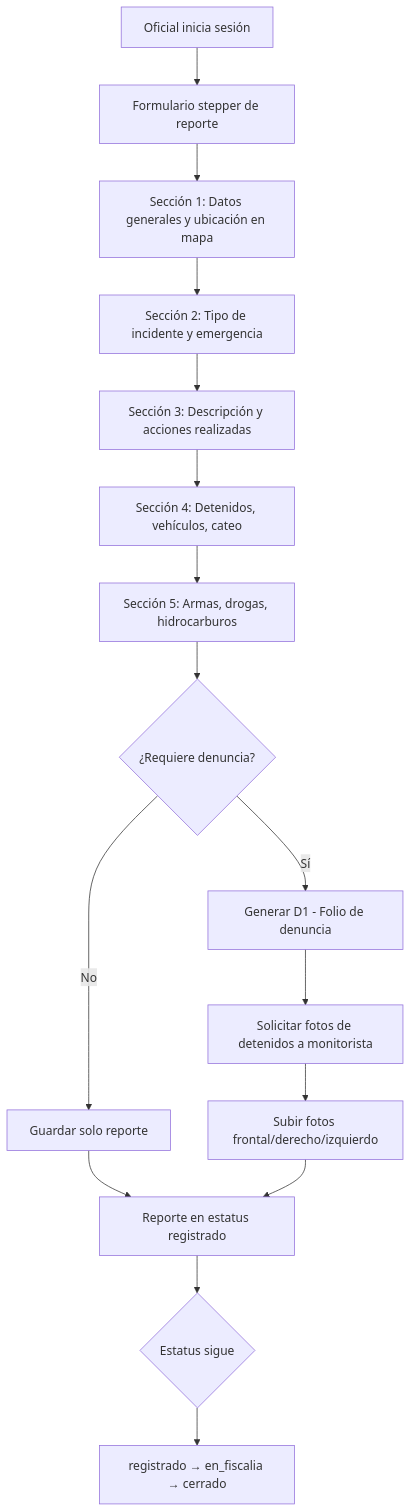
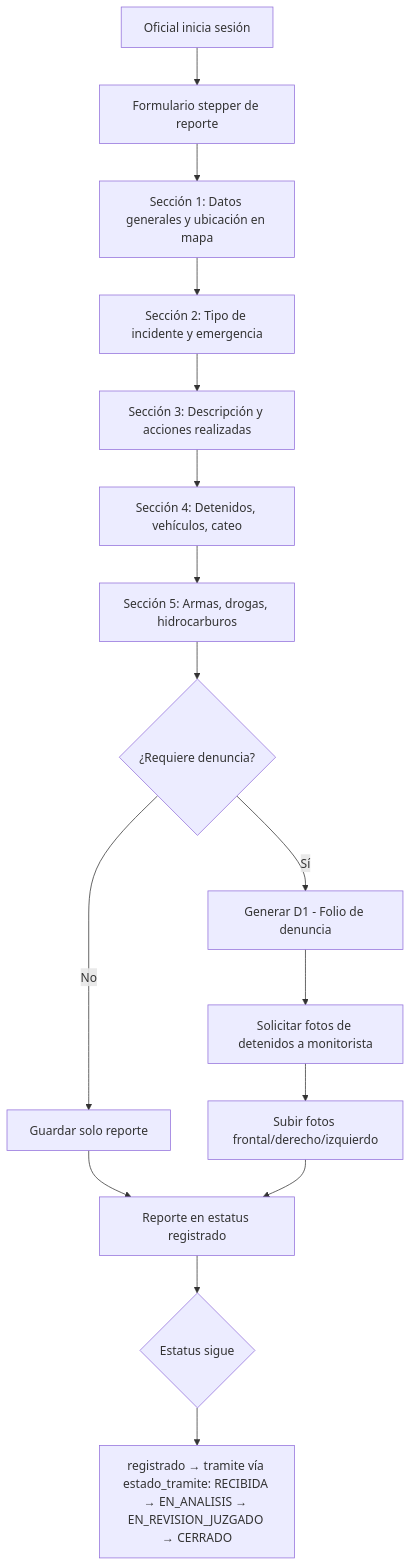
The diagram in boveda/🧩 Features/Reporte Campo.md (CESARBR2025/sentinel-qa), drawn with Mermaid before and after one commit. The commit also changed other lines of this file and 27 other files, not shown here.

````diff
--- a/boveda/🧩 Features/Reporte Campo.md
+++ b/boveda/🧩 Features/Reporte Campo.md
@@ -9,18 +18,18 @@
 ```mermaid
 flowchart TD
     A[Oficial inicia sesión] --> B[Formulario stepper de reporte]
     B --> C[Sección 1: Datos generales y ubicación en mapa]
     C --> D[Sección 2: Tipo de incidente y emergencia]
     D --> E[Sección 3: Descripción y acciones realizadas]
     E --> F[Sección 4: Detenidos, vehículos, cateo]
     F --> G[Sección 5: Armas, drogas, hidrocarburos]
     G --> H{¿Requiere denuncia?}
     H -->|Sí| I[Generar D1 - Folio de denuncia]
     H -->|No| J[Guardar solo reporte]
     I --> K[Solicitar fotos de detenidos a monitorista]
     J --> L[Reporte en estatus registrado]
     K --> M[Subir fotos frontal/derecho/izquierdo]
     M --> L
     L --> N{Estatus sigue}
-    N --> O[registrado → en_fiscalia → cerrado]
+    N --> O[registrado → tramite vía estado_tramite: RECIBIDA → EN_ANALISIS → EN_REVISION_JUZGADO → CERRADO]
 ```
````
